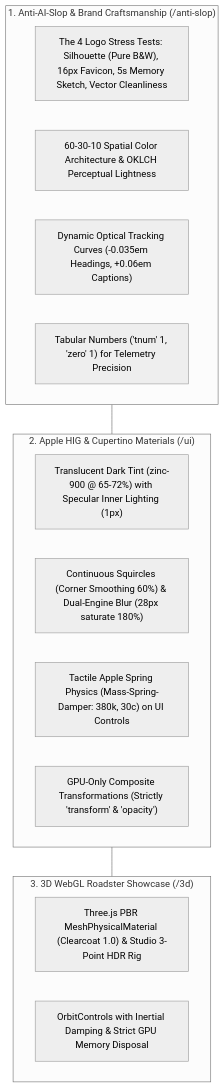
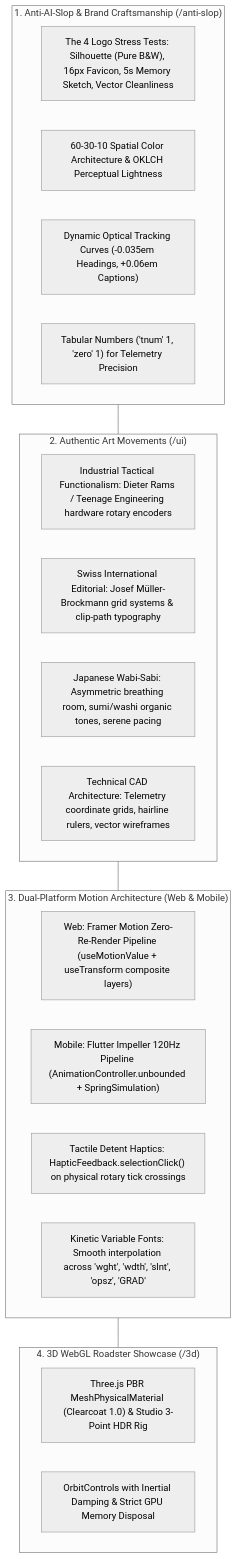
The second of 2 diagrams in README.md (darknecrocities/SkillBuilder), drawn with Mermaid (neutral theme) before and after one commit. The commit also changed other lines of this file and 5 other files, not shown here.

Commit message:
feat(ui): add authentic art movements, kinetic typography, and motion references

````diff
--- a/README.md
+++ b/README.md
@@ -130,20 +130,26 @@
 ```mermaid
 flowchart TD
     subgraph AntiSlop["1. Anti-AI-Slop & Brand Craftsmanship (/anti-slop)"]
         A["The 4 Logo Stress Tests: Silhouette (Pure B&W), 16px Favicon, 5s Memory Sketch, Vector Cleanliness"]
         B["60-30-10 Spatial Color Architecture & OKLCH Perceptual Lightness"]
         C["Dynamic Optical Tracking Curves (-0.035em Headings, +0.06em Captions)"]
         D["Tabular Numbers ('tnum' 1, 'zero' 1) for Telemetry Precision"]
     end
-    subgraph AppleDesign["2. Apple HIG & Cupertino Materials (/ui)"]
-        E["Translucent Dark Tint (zinc-900 @ 65-72%) with Specular Inner Lighting (1px)"]
-        F["Continuous Squircles (Corner Smoothing 60%) & Dual-Engine Blur (28px saturate 180%)"]
-        G["Tactile Apple Spring Physics (Mass-Spring-Damper: 380k, 30c) on UI Controls"]
-        H["GPU-Only Composite Transformations (Strictly 'transform' & 'opacity')"]
+    subgraph Movements["2. Authentic Art Movements (/ui)"]
+        M1["Industrial Tactical Functionalism: Dieter Rams / Teenage Engineering hardware rotary encoders"]
+        M2["Swiss International Editorial: Josef Müller-Brockmann grid systems & clip-path typography"]
+        M3["Japanese Wabi-Sabi: Asymmetric breathing room, sumi/washi organic tones, serene pacing"]
+        M4["Technical CAD Architecture: Telemetry coordinate grids, hairline rulers, vector wireframes"]
     end
-    subgraph WebGL3D["3. 3D WebGL Roadster Showcase (/3d)"]
+    subgraph Motion["3. Dual-Platform Motion Architecture (Web & Mobile)"]
+        E["Web: Framer Motion Zero-Re-Render Pipeline (useMotionValue + useTransform composite layers)"]
+        F["Mobile: Flutter Impeller 120Hz Pipeline (AnimationController.unbounded + SpringSimulation)"]
+        G["Tactile Detent Haptics: HapticFeedback.selectionClick() on physical rotary tick crossings"]
+        H["Kinetic Variable Fonts: Smooth interpolation across 'wght', 'wdth', 'slnt', 'opsz', 'GRAD'"]
+    end
+    subgraph WebGL3D["4. 3D WebGL Roadster Showcase (/3d)"]
         I["Three.js PBR MeshPhysicalMaterial (Clearcoat 1.0) & Studio 3-Point HDR Rig"]
         J["OrbitControls with Inertial Damping & Strict GPU Memory Disposal"]
     end
-    AntiSlop --- AppleDesign --- WebGL3D
+    AntiSlop --- Movements --- Motion --- WebGL3D
 ```
````
